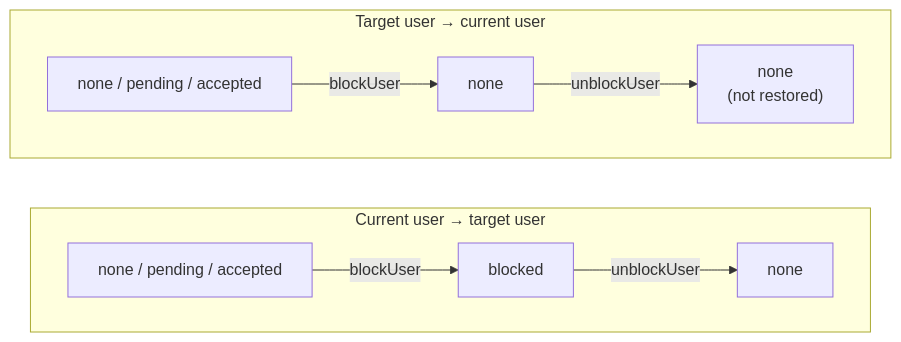
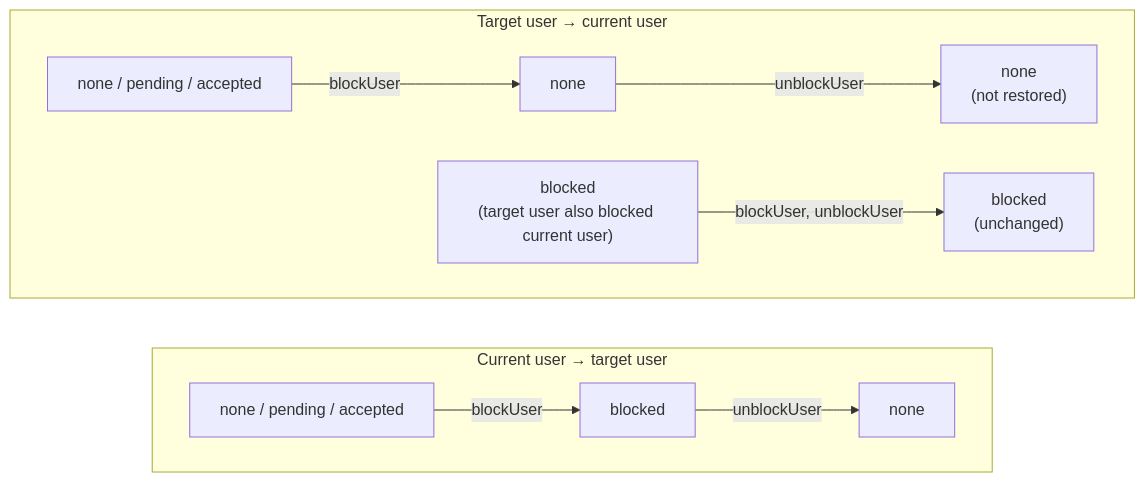
One commit to AmityCo/social-plus-docs changed the diagram in social-plus-sdk/social/user-relationship/blocking/block-unblock-user.mdx. Above: the diagram before and after it, drawn with Mermaid. The commit also changed other lines of this file and 3 other files, not shown here.

````diff
--- a/social-plus-sdk/social/user-relationship/blocking/block-unblock-user.mdx
+++ b/social-plus-sdk/social/user-relationship/blocking/block-unblock-user.mdx
@@ -171,13 +171,14 @@
 ```mermaid
 flowchart LR
     subgraph OUT["Current user → target user"]
         direction LR
         O0["none / pending / accepted"] -->|blockUser| O1["blocked"]
         O1 -->|unblockUser| O2["none"]
     end
     subgraph IN["Target user → current user"]
         direction LR
         I0["none / pending / accepted"] -->|blockUser| I1["none"]
         I1 -->|unblockUser| I2["none<br/>(not restored)"]
+        I3["blocked<br/>(target user also blocked current user)"] -->|"blockUser, unblockUser"| I4["blocked<br/>(unchanged)"]
     end
 ```
````
